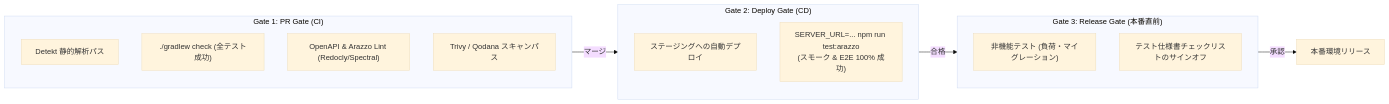
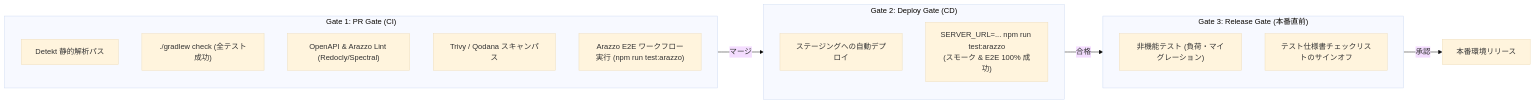
Before and after one commit to tom009924/sandbox: the third of 3 diagrams in docs/testing/test-strategy.md, drawn with Mermaid (base theme). The commit also changed 1 other file, not shown here.

Commit message:
ci: add Arazzo E2E workflow test execution to CI pipeline
- Build application JAR with bootJar and run in background on CI runner
- Wait for /actuator/health to become ready before running tests
- Run Arazzo E2E workflow tests via npm run test:arazzo
- Update test strategy quality gate documentation

````diff
--- a/docs/testing/test-strategy.md
+++ b/docs/testing/test-strategy.md
@@ -91,23 +91,24 @@
 ```mermaid
 flowchart LR
     subgraph Gate1["Gate 1: PR Gate (CI)"]
         G1_1["Detekt 静的解析パス"]
         G1_2["./gradlew check (全テスト成功)"]
         G1_3["OpenAPI & Arazzo Lint (Redocly/Spectral)"]
         G1_4["Trivy / Qodana スキャンパス"]
+        G1_5["Arazzo E2E ワークフロー実行 (npm run test:arazzo)"]
     end
 
     subgraph Gate2["Gate 2: Deploy Gate (CD)"]
         G2_1["ステージングへの自動デプロイ"]
         G2_2["SERVER_URL=... npm run test:arazzo\n(スモーク & E2E 100% 成功)"]
     end
 
     subgraph Gate3["Gate 3: Release Gate (本番直前)"]
         G3_1["非機能テスト (負荷・マイグレーション)"]
         G3_2["テスト仕様書チェックリストのサインオフ"]
     end
 
     Gate1 -->|マージ| Gate2
     Gate2 -->|合格| Gate3
     Gate3 -->|承認| Production["本番環境リリース"]
 ```
````
